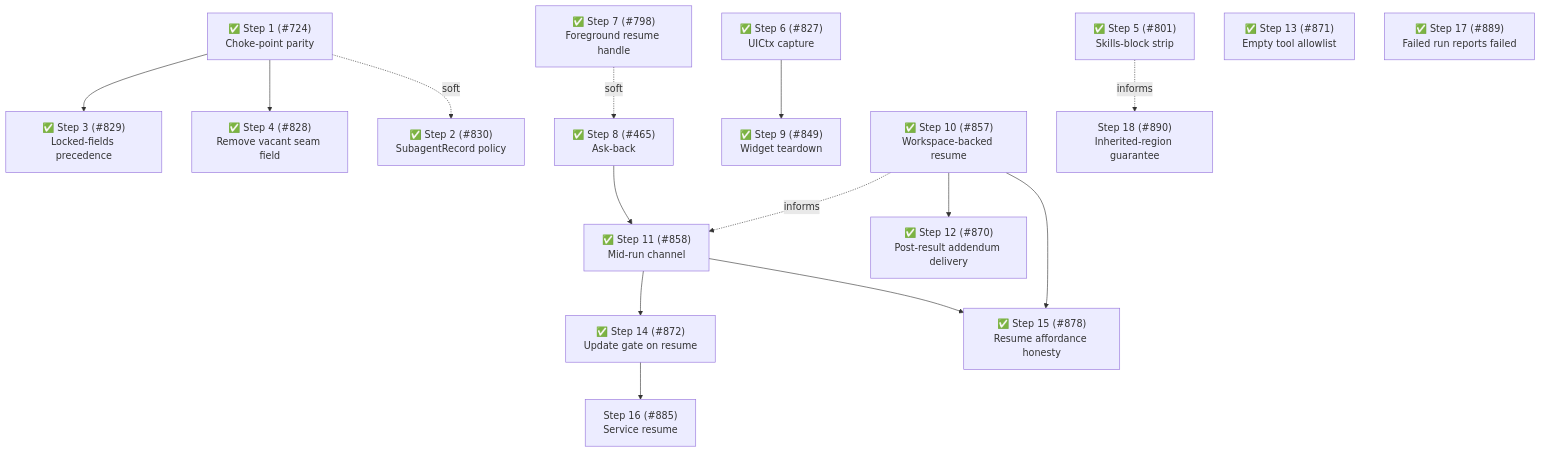
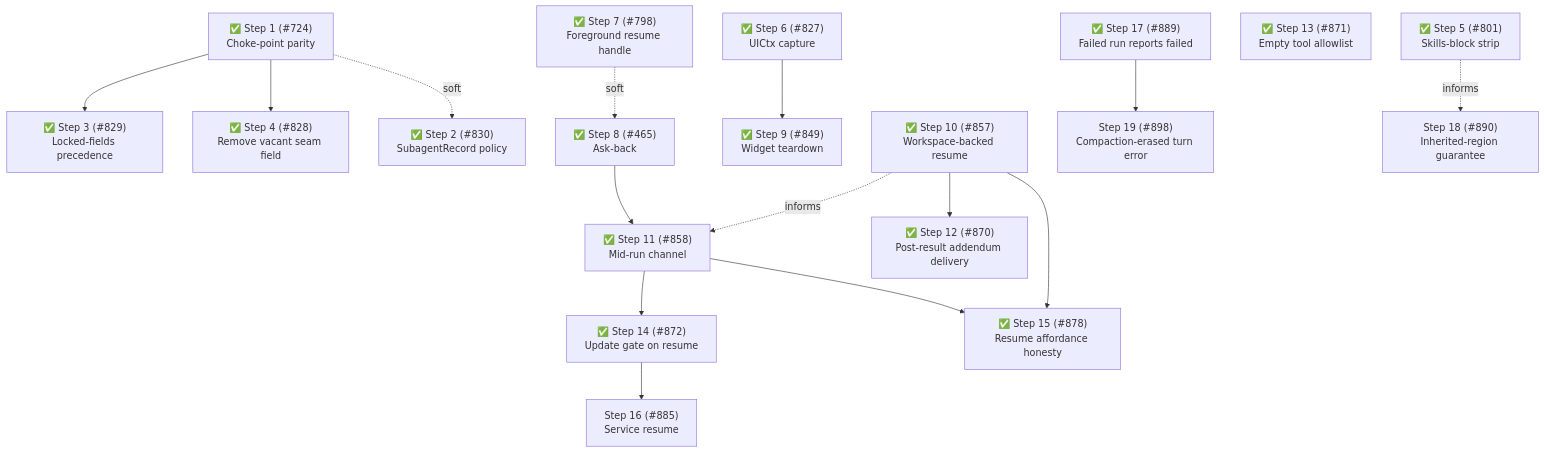
The sixth of 6 diagrams in packages/pi-subagents/docs/architecture/architecture.md (gotgenes/pi-packages), drawn with Mermaid before and after one commit. The commit also changed other lines of this file, not shown here.

````diff
--- a/packages/pi-subagents/docs/architecture/architecture.md
+++ b/packages/pi-subagents/docs/architecture/architecture.md
@@ -1245,19 +1263,19 @@
 ```mermaid
 flowchart TD
     S1["✅ Step 1 (#724)<br/>Choke-point parity"] --> S3["✅ Step 3 (#829)<br/>Locked-fields precedence"]
     S1 --> S4["✅ Step 4 (#828)<br/>Remove vacant seam field"]
     S1 -.soft.-> S2["✅ Step 2 (#830)<br/>SubagentRecord policy"]
     S7["✅ Step 7 (#798)<br/>Foreground resume handle"] -.soft.-> S8["✅ Step 8 (#465)<br/>Ask-back"]
     S5["✅ Step 5 (#801)<br/>Skills-block strip"]
     S6["✅ Step 6 (#827)<br/>UICtx capture"] --> S9["✅ Step 9 (#849)<br/>Widget teardown"]
     S8 --> S11["✅ Step 11 (#858)<br/>Mid-run channel"]
     S10["✅ Step 10 (#857)<br/>Workspace-backed resume"] -.informs.-> S11
     S10 --> S12["✅ Step 12 (#870)<br/>Post-result addendum delivery"]
     S11 --> S14["✅ Step 14 (#872)<br/>Update gate on resume"]
     S13["✅ Step 13 (#871)<br/>Empty tool allowlist"]
     S10 --> S15["✅ Step 15 (#878)<br/>Resume affordance honesty"]
     S11 --> S15
     S14 --> S16["Step 16 (#885)<br/>Service resume"]
-    S17["✅ Step 17 (#889)<br/>Failed run reports failed"]
+    S17["✅ Step 17 (#889)<br/>Failed run reports failed"] --> S19["Step 19 (#898)<br/>Compaction-erased turn error"]
     S5 -.informs.-> S18["Step 18 (#890)<br/>Inherited-region guarantee"]
 ```
````
